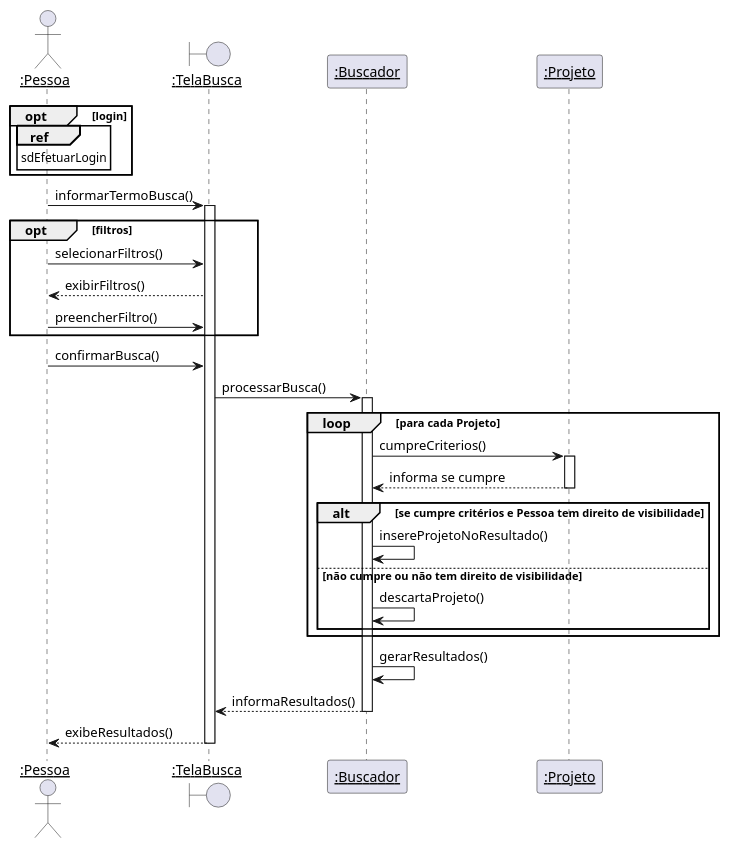
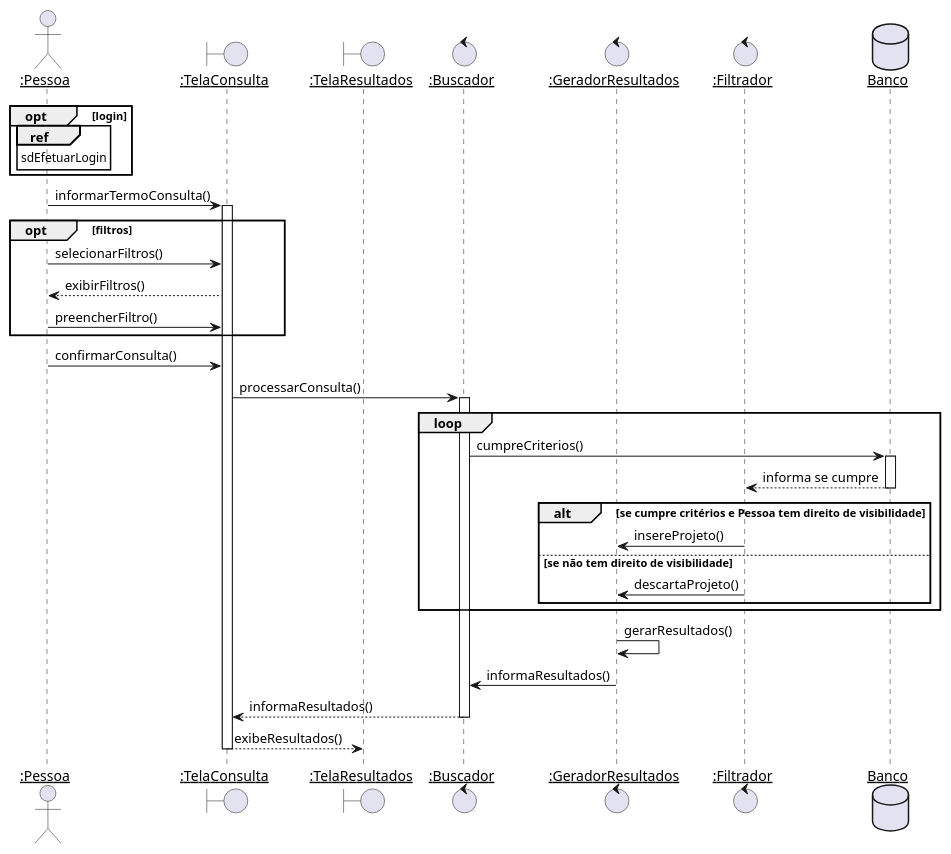
One commit to Pedro-V/projetorium changed the diagram in diagramas/sequencia/consultar_projeto.puml. Above: the diagram before and after it, drawn with PlantUML. The commit also changed 4 other files, not shown here.

Commit message:
Diagrama de classe de projeto e diagramas de sequência atualizados

```diff
--- a/diagramas/sequencia/consultar_projeto.puml
+++ b/diagramas/sequencia/consultar_projeto.puml
@@ -1,33 +1,39 @@
 @startuml
 skinparam sequenceParticipant underline
 
 actor ":Pessoa" as Pessoa
-boundary ":TelaBusca" as TelaBusca
-participant ":Buscador" as Buscador
-participant ":Projeto" as Projeto
+boundary ":TelaConsulta" as TelaConsulta
+boundary ":TelaResultados" as TelaResultados
+control ":Buscador" as Buscador
+control ":GeradorResultados" as GeradorResultados
+control ":Filtrador" as Filtrador
+database Banco
 
 opt login
 ref over Pessoa : sdEfetuarLogin
 end
-Pessoa -> TelaBusca ++: informarTermoBusca()
+Pessoa -> TelaConsulta ++: informarTermoConsulta()
 opt filtros
-    Pessoa -> TelaBusca : selecionarFiltros()
-    TelaBusca --> Pessoa : exibirFiltros()
-    Pessoa -> TelaBusca : preencherFiltro()
+    Pessoa -> TelaConsulta : selecionarFiltros()
+    TelaConsulta --> Pessoa : exibirFiltros()
+    Pessoa -> TelaConsulta : preencherFiltro()
 end
-Pessoa -> TelaBusca : confirmarBusca()
+Pessoa -> TelaConsulta : confirmarConsulta()
 
-TelaBusca -> Buscador ++: processarBusca()
-loop para cada Projeto
-    Buscador -> Projeto  ++: cumpreCriterios()
-    Projeto --> Buscador --: informa se cumpre
+TelaConsulta -> Buscador ++: processarConsulta()
+
+loop
+    Buscador -> Banco  ++: cumpreCriterios()
+    Banco --> Filtrador --: informa se cumpre
     alt se cumpre critérios e Pessoa tem direito de visibilidade
-        Buscador -> Buscador : insereProjetoNoResultado()
-    else não cumpre ou não tem direito de visibilidade
-        Buscador -> Buscador : descartaProjeto()
+        Filtrador -> GeradorResultados : insereProjeto()
+    else se não tem direito de visibilidade
+        Filtrador -> GeradorResultados : descartaProjeto()
     end
 end
-Buscador -> Buscador : gerarResultados()
-Buscador --> TelaBusca --: informaResultados()
-TelaBusca --> Pessoa --: exibeResultados()
+
+GeradorResultados -> GeradorResultados : gerarResultados()
+GeradorResultados -> Buscador : informaResultados()
+Buscador --> TelaConsulta --: informaResultados()
+TelaConsulta --> TelaResultados --: exibeResultados()
 @enduml
```
